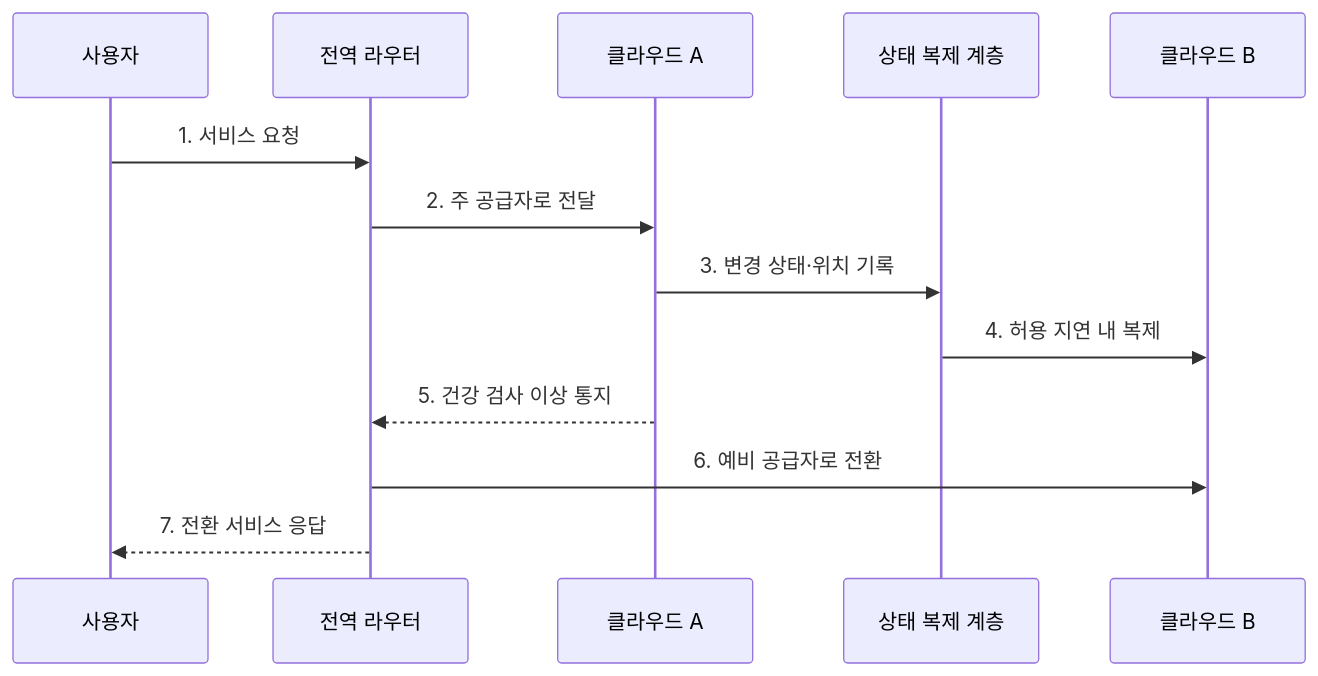
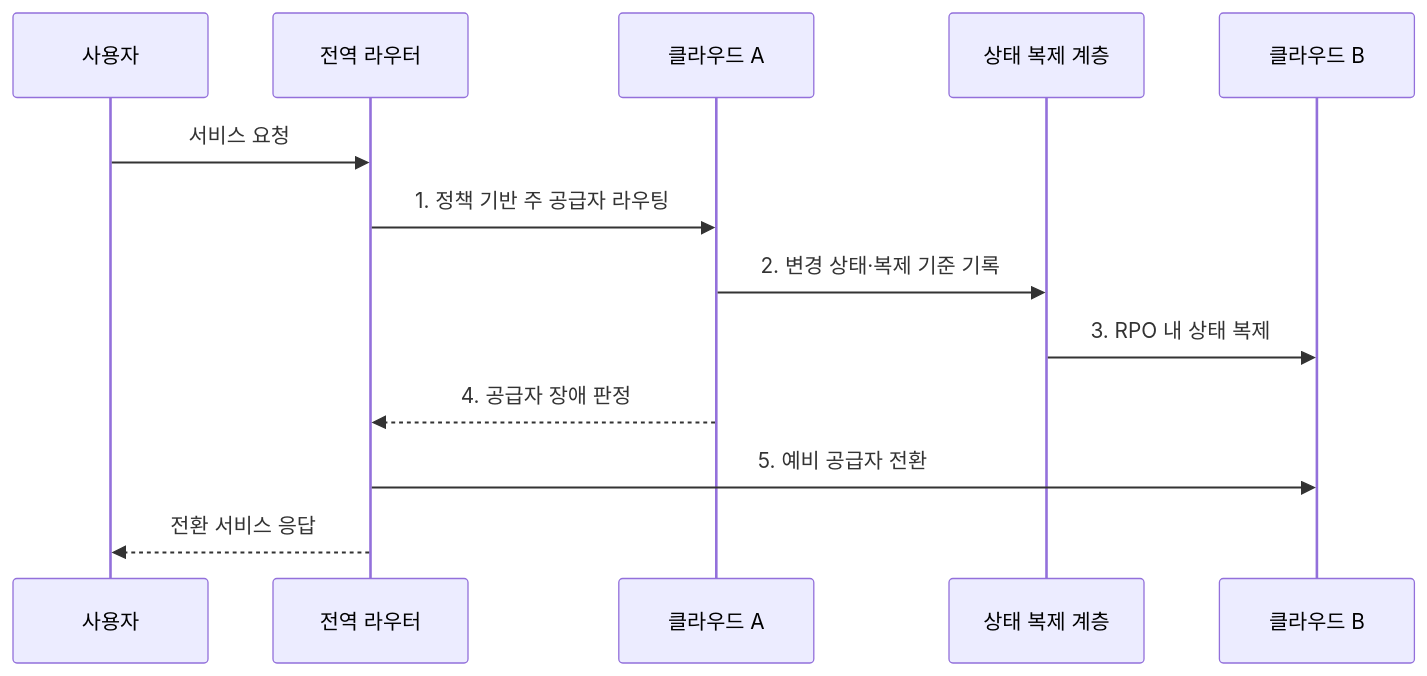
Before and after one commit to agnusdei1207/knowledge-base: the second of 2 diagrams in src/content/docs/notes/03-software/143_multi_cloud_strategy.md, drawn with Mermaid. The commit also changed other lines of this file and 238 other files, not shown here.

````diff
--- a/src/content/docs/notes/03-software/143_multi_cloud_strategy.md
+++ b/src/content/docs/notes/03-software/143_multi_cloud_strategy.md
@@ -82,15 +82,15 @@
 ```mermaid
 sequenceDiagram
     participant U as 사용자
     participant R as 전역 라우터
     participant A as 클라우드 A
     participant S as 상태 복제 계층
     participant B as 클라우드 B
-    U->>R: 1. 서비스 요청
-    R->>A: 2. 주 공급자로 전달
-    A->>S: 3. 변경 상태·위치 기록
-    S->>B: 4. 허용 지연 내 복제
-    A-->>R: 5. 건강 검사 이상 통지
-    R->>B: 6. 예비 공급자로 전환
-    R-->>U: 7. 전환 서비스 응답
+    U->>R: 서비스 요청
+    R->>A: 1. 정책 기반 주 공급자 라우팅
+    A->>S: 2. 변경 상태·복제 기준 기록
+    S->>B: 3. RPO 내 상태 복제
+    A-->>R: 4. 공급자 장애 판정
+    R->>B: 5. 예비 공급자 전환
+    R-->>U: 전환 서비스 응답
 ```
````
